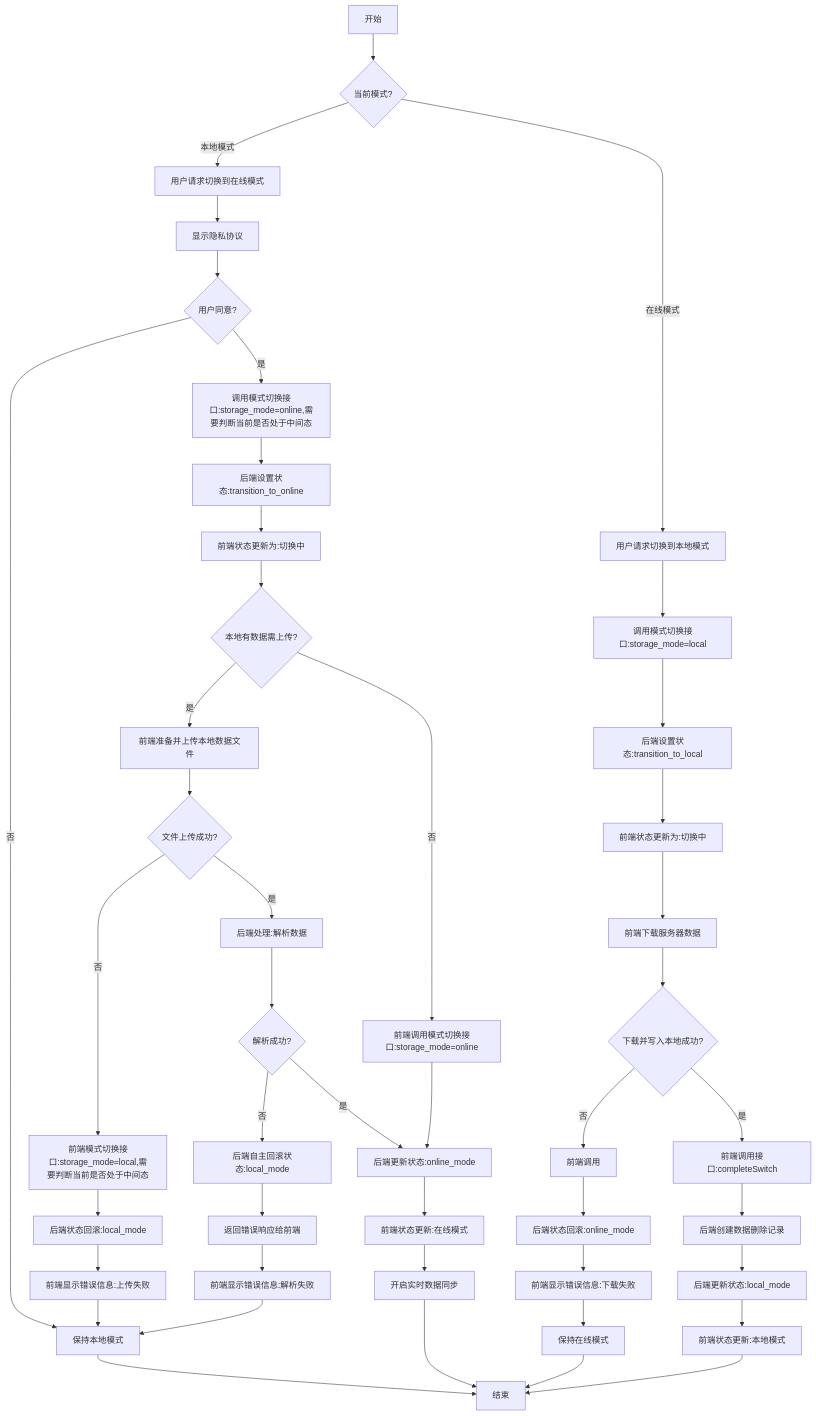
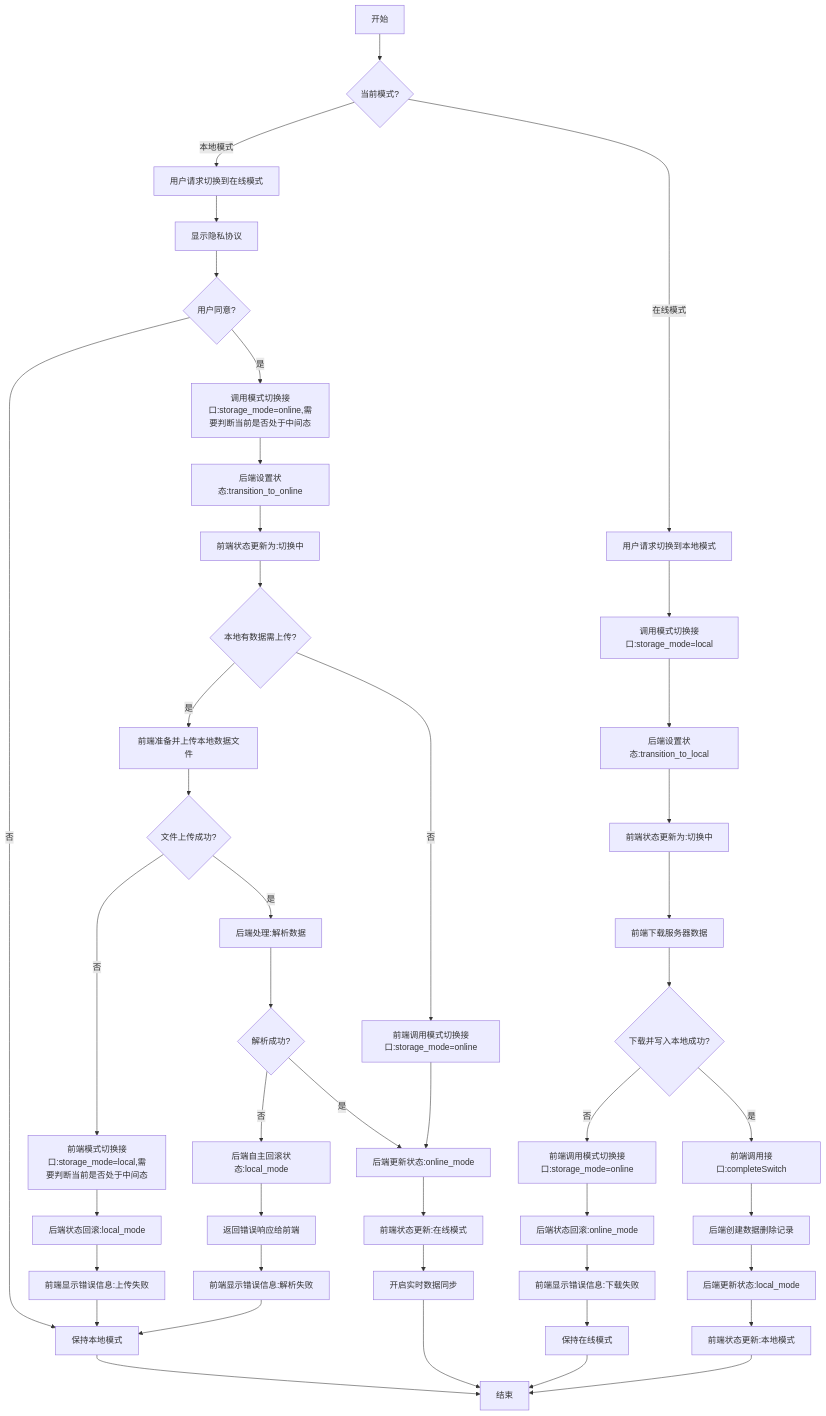
The diagram in all/未命名-58.md (yingjianzh/iodraw-files), drawn with Mermaid before and after one commit.

Commit message:
2025-05-14 10:47:42 update

````diff
--- a/all/未命名-58.md
+++ b/all/未命名-58.md
@@ -1,68 +1,68 @@
 ```mermaid
 flowchart TD
     A[开始] --> B{当前模式?}
     
     %% 本地模式转在线模式
     B -->|本地模式| C[用户请求切换到在线模式]
     C --> D[显示隐私协议]
     D --> E{用户同意?}
 
     E -->|否| F[保持本地模式]
     F --> Z[结束]
     
     E -->|是| G[调用模式切换接口:storage_mode=online,需要判断当前是否处于中间态]
     G --> H[后端设置状态:transition_to_online]
     H --> I[前端状态更新为:切换中]
     
     I --> J{本地有数据需上传?}
     
     %% 有本地数据需上传的情况
     J -->|是| K[前端准备并上传本地数据文件]
     K --> L{文件上传成功?}
     
     %% 上传失败的情况
     L -->|否| M[前端模式切换接口:storage_mode=local,需要判断当前是否处于中间态]
     M --> N[后端状态回滚:local_mode]
     N --> O[前端显示错误信息:上传失败]
     O --> F
     
     %% 上传成功但解析失败的情况
     L -->|是| P[后端处理:解析数据]
     P --> Q{解析成功?}
     Q -->|否| R[后端自主回滚状态:local_mode]
     R --> S[返回错误响应给前端]
     S --> T[前端显示错误信息:解析失败]
     T --> F
     
     %% 全部成功的情况
     Q -->|是| U[后端更新状态:online_mode]
     J -->|否| V[前端调用模式切换接口:storage_mode=online]
     V --> U
     
     U --> W[前端状态更新:在线模式]
     W --> X[开启实时数据同步]
     X --> Z
     
     %% 在线模式转本地模式
     B -->|在线模式| AA[用户请求切换到本地模式]
     AA --> AB[调用模式切换接口:storage_mode=local]
     AB --> AC[后端设置状态:transition_to_local]
     AC --> AD[前端状态更新为:切换中]
     
     AD --> AE[前端下载服务器数据]
     AE --> AF{下载并写入本地成功?}
     
     %% 下载失败的情况
-    AF -->|否| AG[前端调用]
+    AF -->|否| AG[前端调用模式切换接口:storage_mode=online]
     AG --> AH[后端状态回滚:online_mode]
     AH --> AI[前端显示错误信息:下载失败]
     AI --> AJ[保持在线模式]
     AJ --> Z
     
     %% 下载成功的情况
     AF -->|是| AK[前端调用接口:completeSwitch]
     AK --> AL[后端创建数据删除记录]
     AL --> AM[后端更新状态:local_mode]
     AM --> AN[前端状态更新:本地模式]
     AN --> Z
 ```
````
